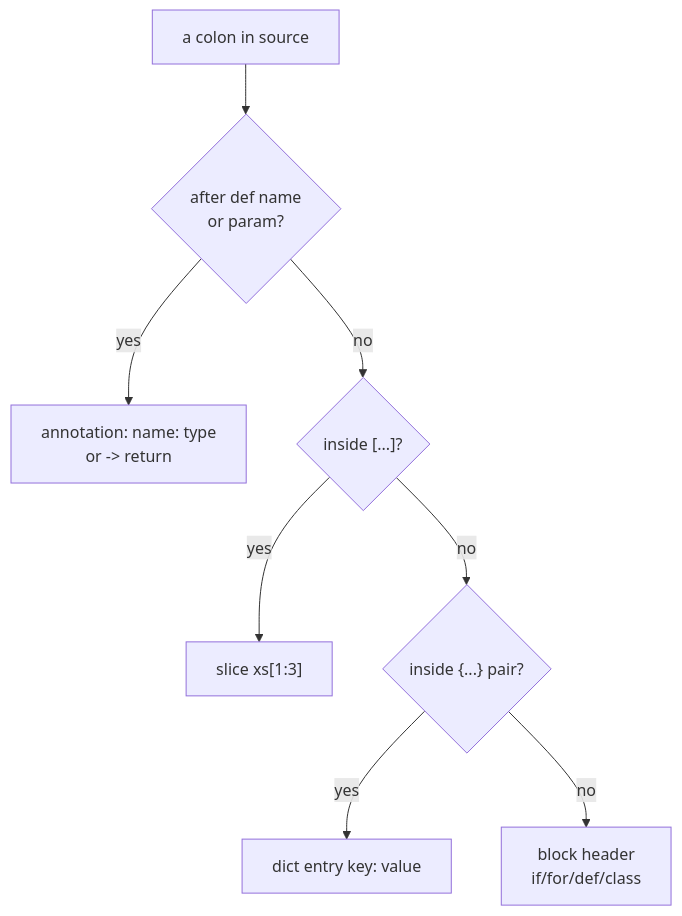
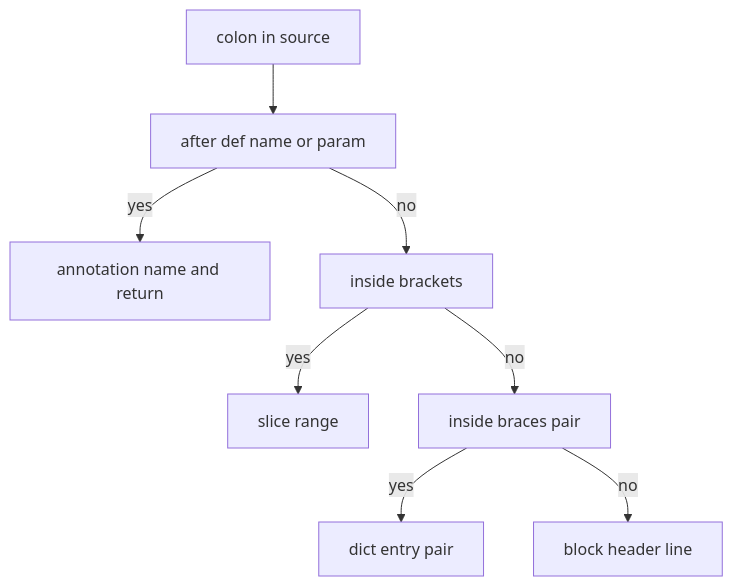
Before and after one commit to AslamNazeerShaikh/Python-Material: the second of 2 diagrams in docs/learning/10-self-and-annotations.md, drawn with Mermaid. The commit also changed other lines of this file and 16 other files, not shown here.

Commit message:
docs(learning): rebuild all mermaid in safe subset

````diff
--- a/docs/learning/10-self-and-annotations.md
+++ b/docs/learning/10-self-and-annotations.md
@@ -76,18 +76,18 @@
 ```mermaid
 flowchart TD
-    C["a colon in source"]
-    DEF{"after def name<br/>or param?"}
-    ANN["annotation: name: type<br/>or -> return"]
-    BRK{"inside [...]?"}
-    SLICE["slice xs[1:3]"]
-    DCT{"inside {...} pair?"}
-    PAIR["dict entry key: value"]
-    BLK["block header<br/>if/for/def/class"]
+    C[colon in source]
+    DEF[after def name or param]
+    ANN[annotation name and return]
+    BRK[inside brackets]
+    SLICE[slice range]
+    DCT[inside braces pair]
+    PAIR[dict entry pair]
+    BLK[block header line]
     C --> DEF
-    DEF -->|"yes"| ANN
-    DEF -->|"no"| BRK
-    BRK -->|"yes"| SLICE
-    BRK -->|"no"| DCT
-    DCT -->|"yes"| PAIR
-    DCT -->|"no"| BLK
+    DEF -->|yes| ANN
+    DEF -->|no| BRK
+    BRK -->|yes| SLICE
+    BRK -->|no| DCT
+    DCT -->|yes| PAIR
+    DCT -->|no| BLK
 ```
````
